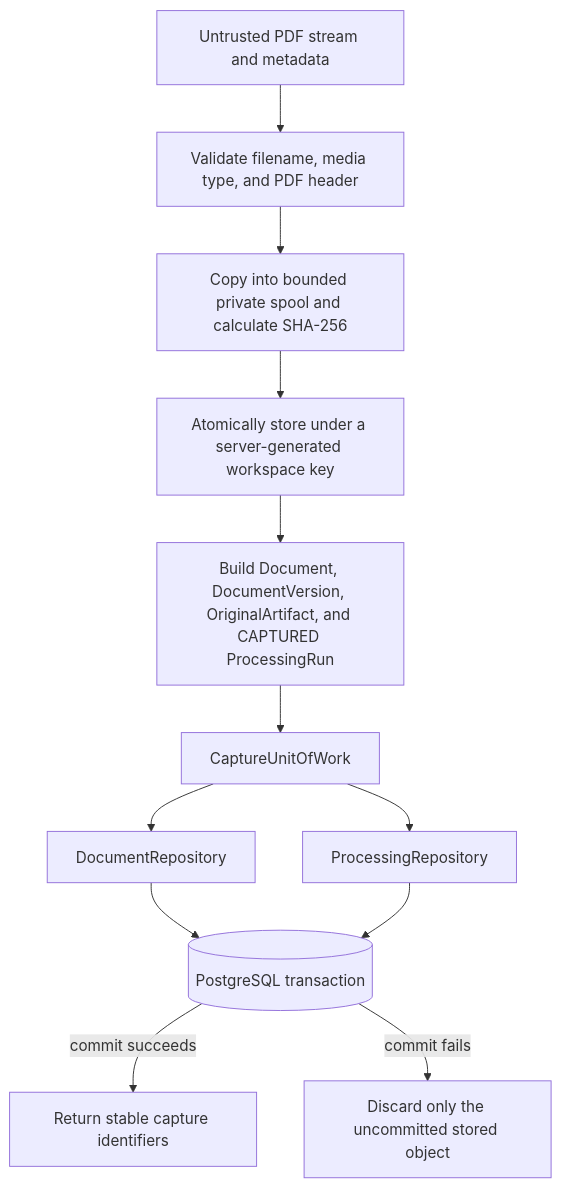
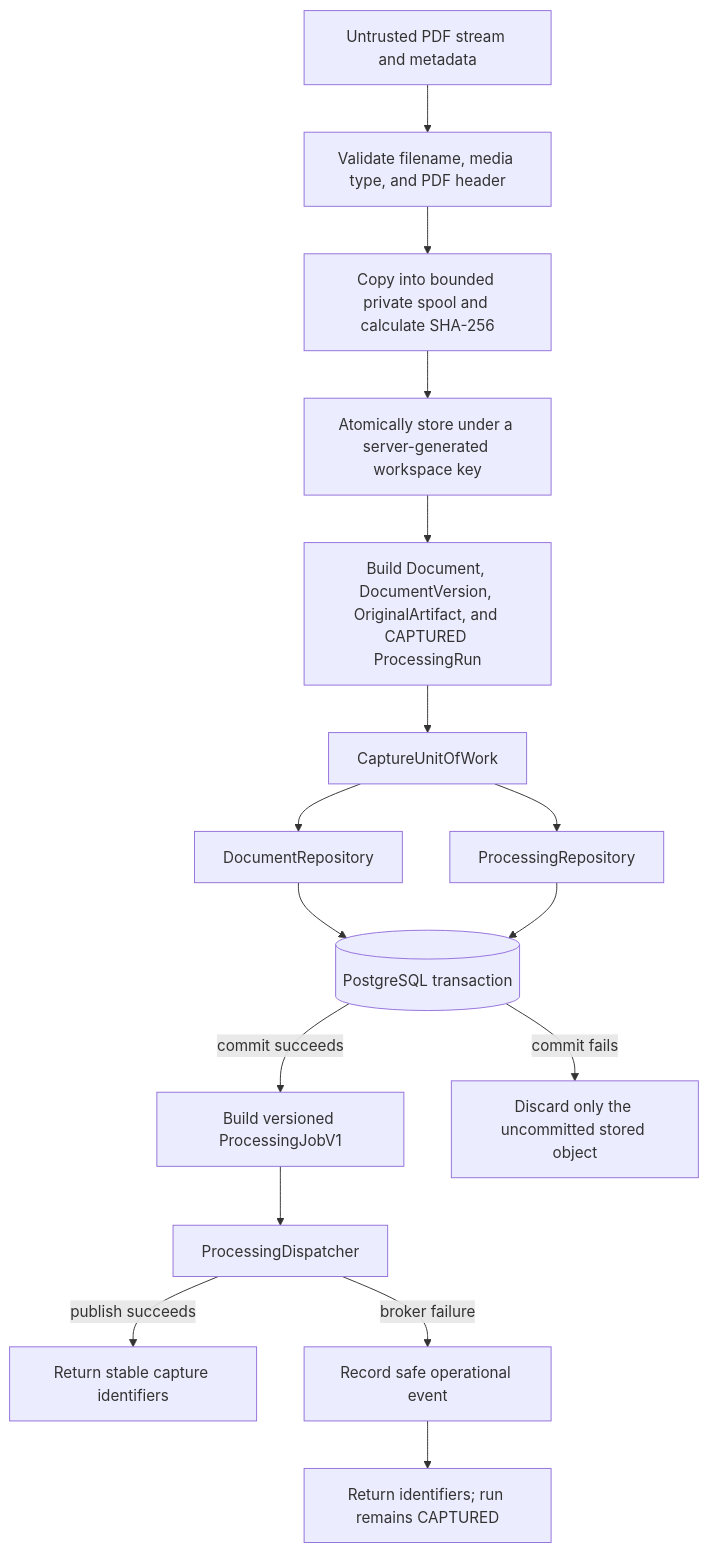
Before and after one commit to rnkraus/investment-research: the second of 3 diagrams in backend/src/investment_research/modules/documents/README.md, drawn with Mermaid. The commit also changed other lines of this file and 2 other files, not shown here.

First line of the commit message:
feat(processing): dispatch captured jobs after commit

````diff
--- a/backend/src/investment_research/modules/documents/README.md
+++ b/backend/src/investment_research/modules/documents/README.md
@@ -29,14 +29,18 @@
 ```mermaid
 flowchart TD
     INPUT[Untrusted PDF stream and metadata] --> TYPE[Validate filename, media type, and PDF header]
     TYPE --> LIMIT[Copy into bounded private spool and calculate SHA-256]
     LIMIT --> STORE[Atomically store under a server-generated workspace key]
     STORE --> BUILD[Build Document, DocumentVersion, OriginalArtifact, and CAPTURED ProcessingRun]
     BUILD --> UOW[CaptureUnitOfWork]
     UOW --> DOCS[DocumentRepository]
     UOW --> PROCESSING[ProcessingRepository]
     DOCS --> PG[(PostgreSQL transaction)]
     PROCESSING --> PG
-    PG -->|commit succeeds| RESULT[Return stable capture identifiers]
+    PG -->|commit succeeds| JOB[Build versioned ProcessingJobV1]
+    JOB --> DISPATCH[ProcessingDispatcher]
+    DISPATCH -->|publish succeeds| RESULT[Return stable capture identifiers]
+    DISPATCH -->|broker failure| LOG[Record safe operational event]
+    LOG --> CAPTURED[Return identifiers; run remains CAPTURED]
     PG -->|commit fails| DISCARD[Discard only the uncommitted stored object]
 ```
````
